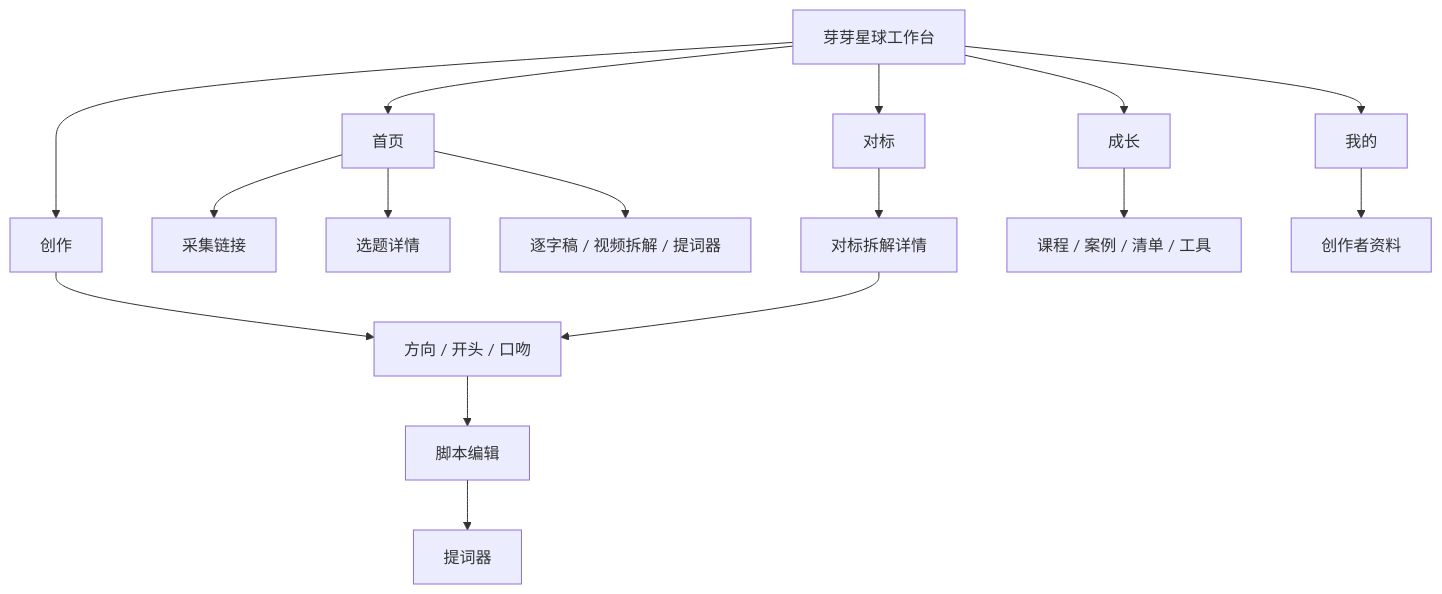
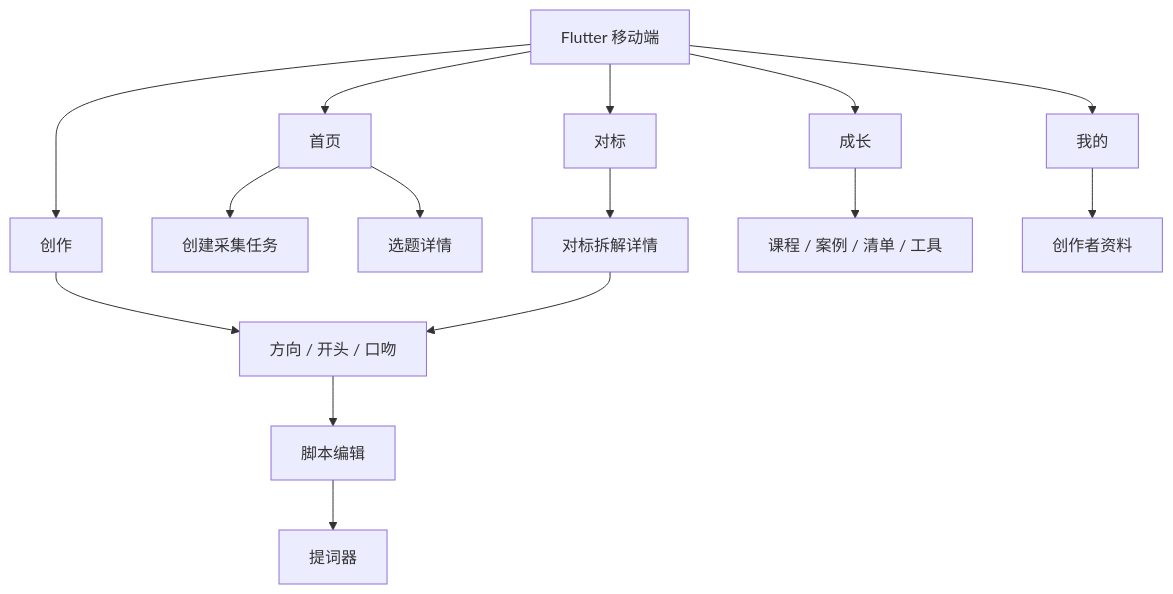
The first of 2 diagrams in docs/product/user-flows.md (zhanglongfeng27101797/yayaxingqiu), drawn with Mermaid before and after one commit. The commit also changed other lines of this file and 60 other files, not shown here.

````diff
--- a/docs/product/user-flows.md
+++ b/docs/product/user-flows.md
@@ -7,18 +3,17 @@
 ```mermaid
 flowchart TB
-    APP[芽芽星球工作台] --> HOME[首页]
+    APP[Flutter 移动端] --> HOME[首页]
     APP --> CREATE[创作]
     APP --> BENCH[对标]
     APP --> GROW[成长]
     APP --> ME[我的]
-    HOME --> CAPTURE[采集链接]
+    HOME --> CAPTURE[创建采集任务]
     HOME --> TOPIC[选题详情]
-    HOME --> TOOLS[逐字稿 / 视频拆解 / 提词器]
     CREATE --> CONFIG[方向 / 开头 / 口吻]
     CONFIG --> SCRIPT[脚本编辑]
     SCRIPT --> TELE[提词器]
     BENCH --> DETAIL[对标拆解详情]
     DETAIL --> CONFIG
     GROW --> LESSON[课程 / 案例 / 清单 / 工具]
     ME --> PROFILE[创作者资料]
 ```
````
